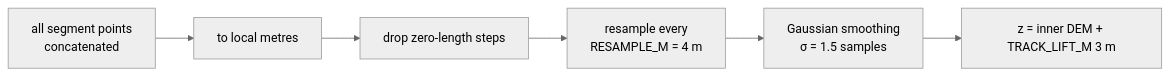
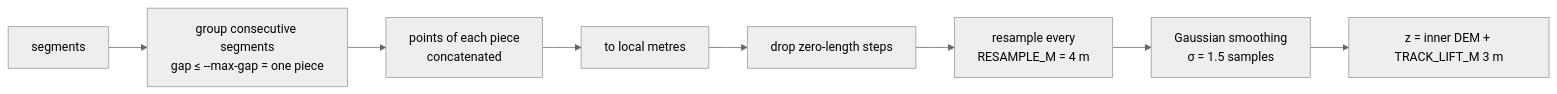
One commit to AlessandroLorenzi/gpx-flyover changed the third of 7 diagrams in docs/internals.md. Above: the diagram before and after it, drawn with Mermaid (neutral theme). The commit also changed other lines of this file and 8 other files, not shown here.

````diff
--- a/docs/internals.md
+++ b/docs/internals.md
@@ -79,8 +79,10 @@
 ```mermaid
 flowchart LR
-    A[all segment points<br/>concatenated] --> B[to local metres]
+    P[segments] --> G[group consecutive segments<br/>gap ≤ --max-gap = one piece]
+    G --> A[points of each piece<br/>concatenated]
+    A --> B[to local metres]
     B --> C[drop zero-length steps]
     C --> D[resample every<br/>RESAMPLE_M = 4 m]
     D --> E[Gaussian smoothing<br/>σ = 1.5 samples]
     E --> F[z = inner DEM + TRACK_LIFT_M 3 m]
 ```
````
